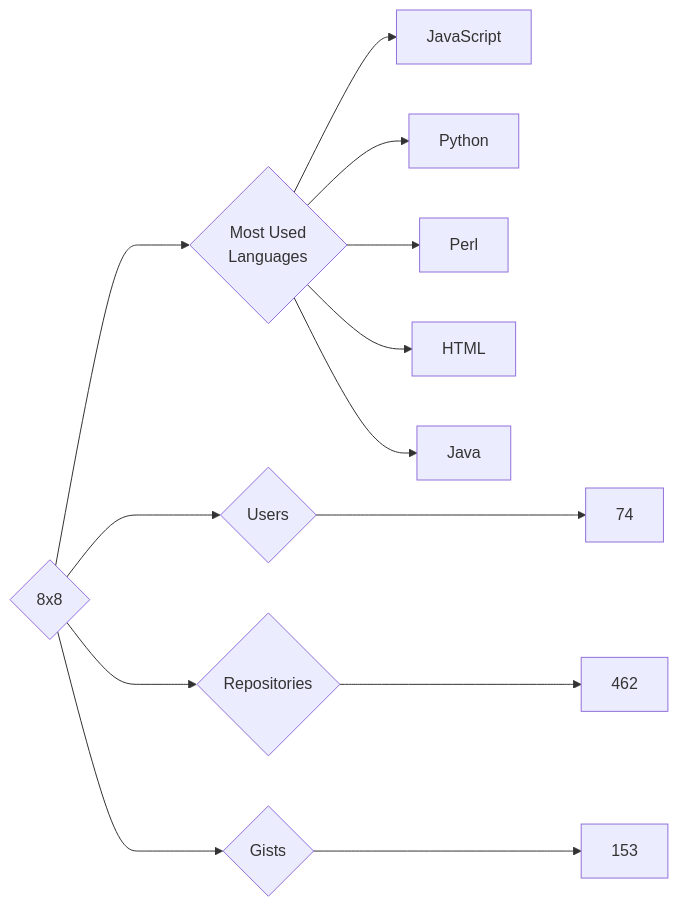
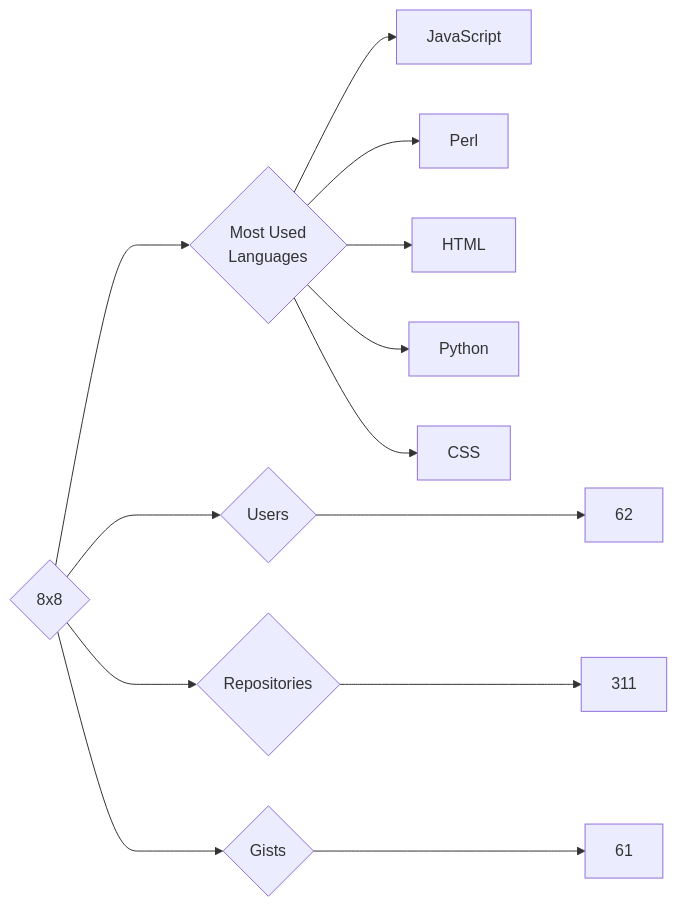
Before and after one commit to trickest/insiders: the diagram in targets/8x8/README.md, drawn with Mermaid. The commit also changed 934 other files, not shown here.

````diff
--- a/targets/8x8/README.md
+++ b/targets/8x8/README.md
@@ -3,13 +3,13 @@
 ```mermaid
 graph LR
 COMPANY_NAME{8x8}
-COMPANY_NAME ---> U{Users} ---> UN[74]
-COMPANY_NAME ---> R{Repositories} ---> RN[462]
-COMPANY_NAME ---> G{Gists} ---> GN[153]
+COMPANY_NAME ---> U{Users} ---> UN[62]
+COMPANY_NAME ---> R{Repositories} ---> RN[311]
+COMPANY_NAME ---> G{Gists} ---> GN[61]
 COMPANY_NAME ---> ML{Most Used<br>Languages}
 ML --> JavaScript[JavaScript]
-ML --> Python[Python]
 ML --> Perl[Perl]
 ML --> HTML[HTML]
-ML --> Java[Java]
+ML --> Python[Python]
+ML --> CSS[CSS]
 ```
````
